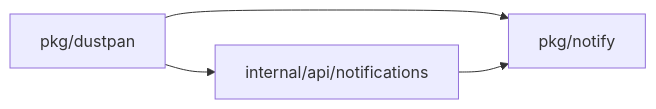
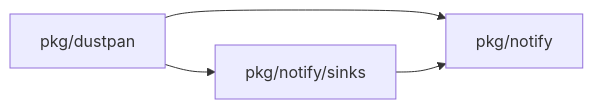
One commit to OpenDustpan/OpenDustpan changed the second of 6 diagrams in openspec/changes/chat-a2-outbox-deliveries-dispatcher/design.md. Above: the diagram before and after it, drawn with Mermaid. The commit also changed other lines of this file and 3 other files, not shown here.

````diff
--- a/openspec/changes/chat-a2-outbox-deliveries-dispatcher/design.md
+++ b/openspec/changes/chat-a2-outbox-deliveries-dispatcher/design.md
@@ -38,9 +75,9 @@
 ```mermaid
 flowchart LR
 P1[pkg/notify]
 P2[pkg/dustpan]
-P3[internal/api/notifications]
+P3[pkg/notify/sinks]
 P2 --> P1
 P2 --> P3
 P3 --> P1
 ```
````
